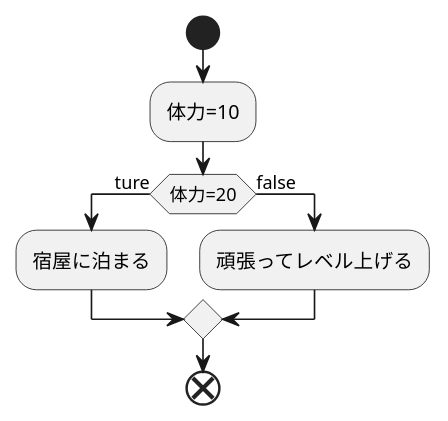
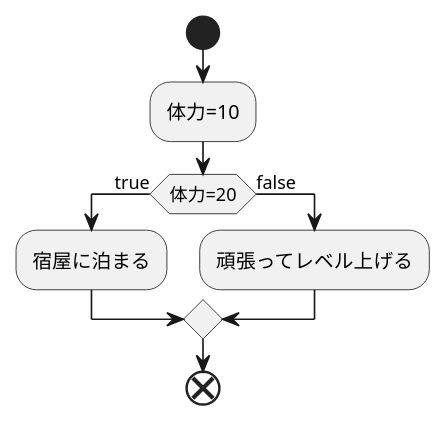
The diagram in kadai.md (Aso2001387/2021sys-desing), drawn with PlantUML before and after one commit.

````diff
--- a/kadai.md
+++ b/kadai.md
@@ -1,12 +1,12 @@
 ```uml
 @startuml
 start
 :体力=10;
-if(体力=20)then(ture)
+if(体力=20)then(true)
 :宿屋に泊まる;
 else(false)
 :頑張ってレベル上げる;
 endif
 end
 @enduml
 ```
````
